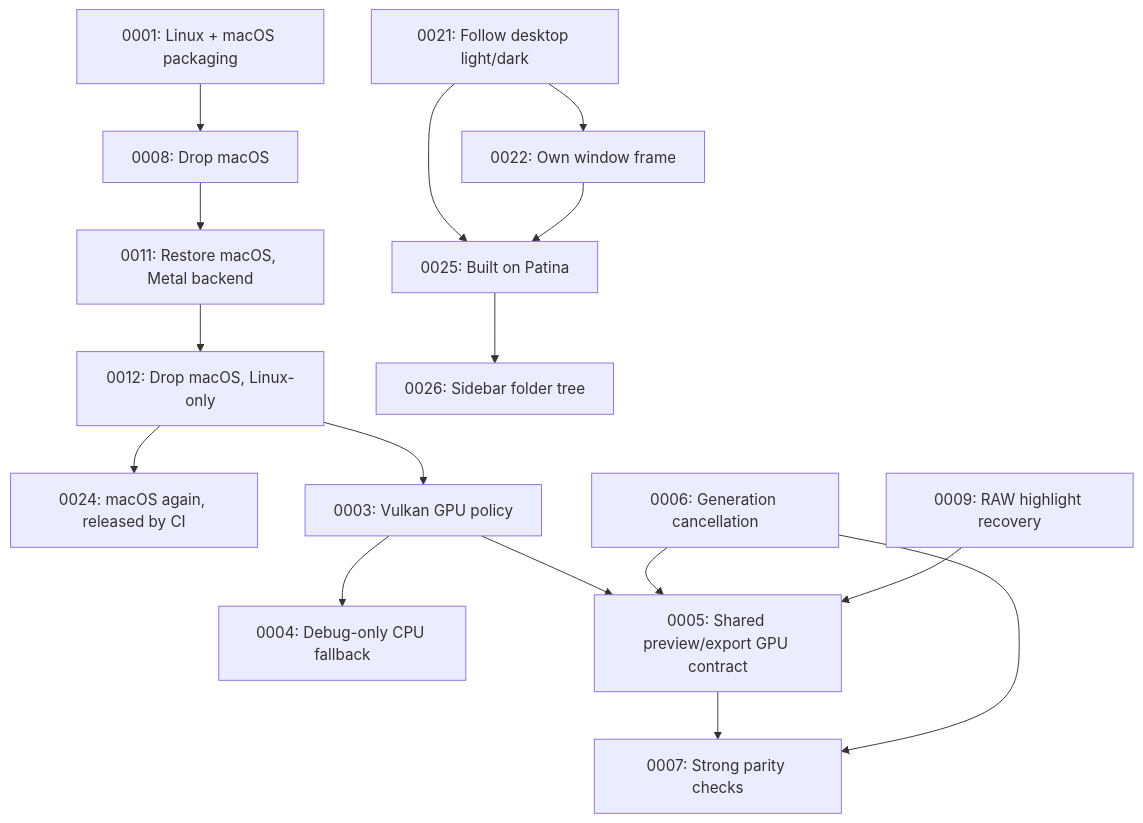
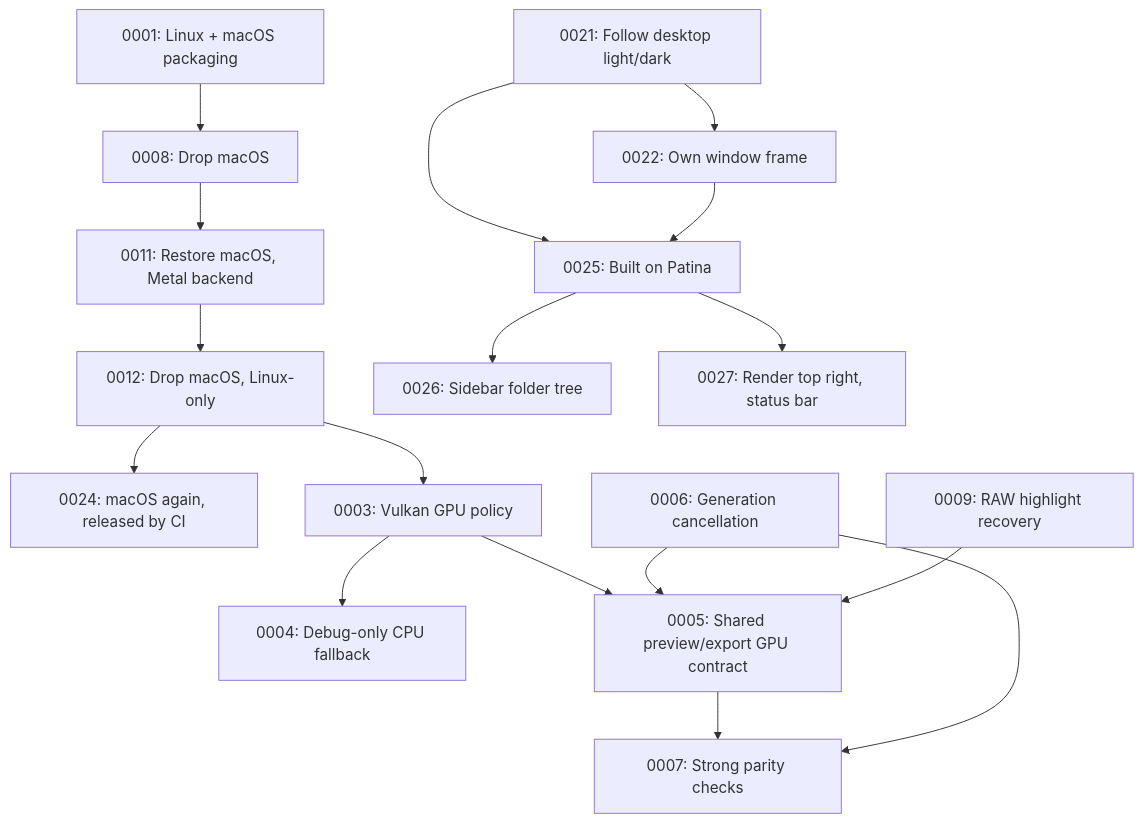
The diagram in docs/adr/README.md (divanvisagie/Photograph), drawn with Mermaid before and after one commit. The commit also changed other lines of this file and 2 other files, not shown here.

Commit message:
Render at the top right, GPU status in a bottom status bar (ADR-0027)

````diff
--- a/docs/adr/README.md
+++ b/docs/adr/README.md
@@ -70,18 +71,19 @@
 ```mermaid
 flowchart TD
     P1[0001: Linux + macOS packaging] --> P8[0008: Drop macOS]
     P8 --> P11[0011: Restore macOS, Metal backend]
     P11 --> P12[0012: Drop macOS, Linux-only]
     P12 --> P24[0024: macOS again, released by CI]
     P12 --> A[0003: Vulkan GPU policy]
     A --> B[0004: Debug-only CPU fallback]
     A --> C[0005: Shared preview/export GPU contract]
     C --> E[0007: Strong parity checks]
     D[0006: Generation cancellation] --> C
     D --> E
     F[0009: RAW highlight recovery] --> C
     T[0021: Follow desktop light/dark] --> W[0022: Own window frame]
     T --> PA[0025: Built on Patina]
     W --> PA
     PA --> TR[0026: Sidebar folder tree]
+    PA --> SB[0027: Render top right, status bar]
 ```
````
